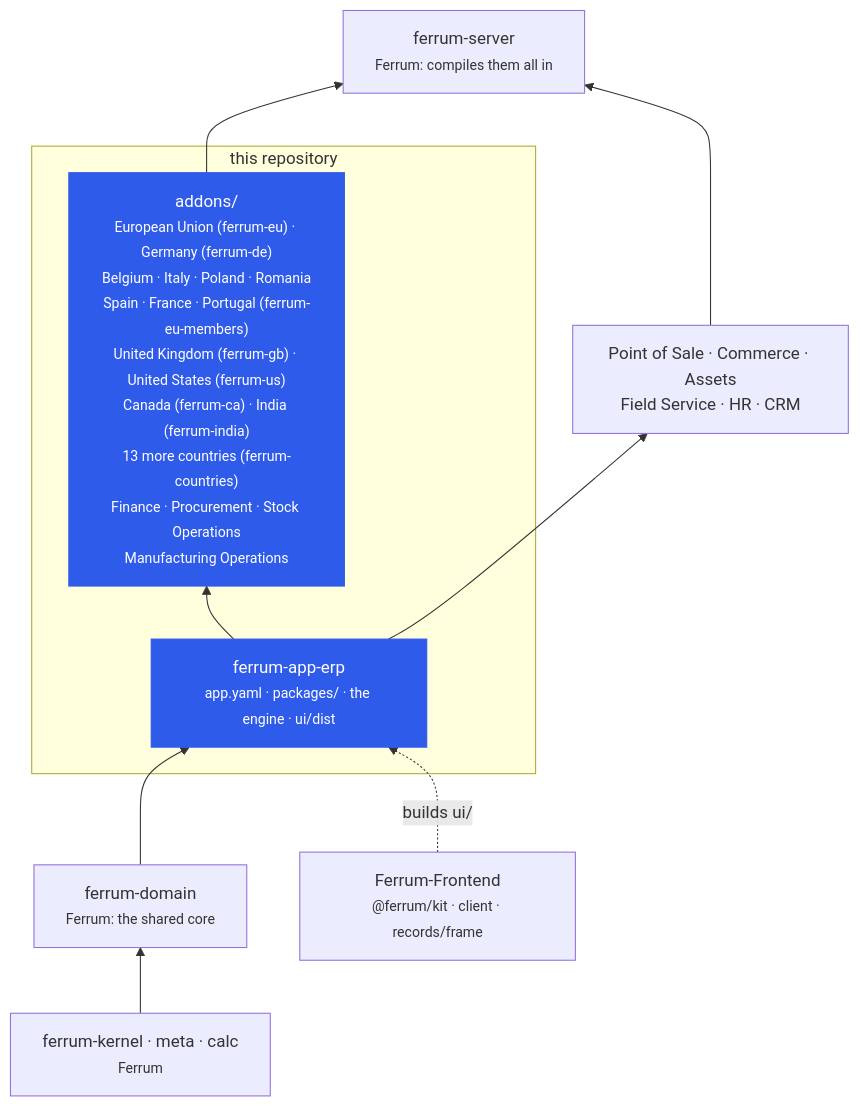
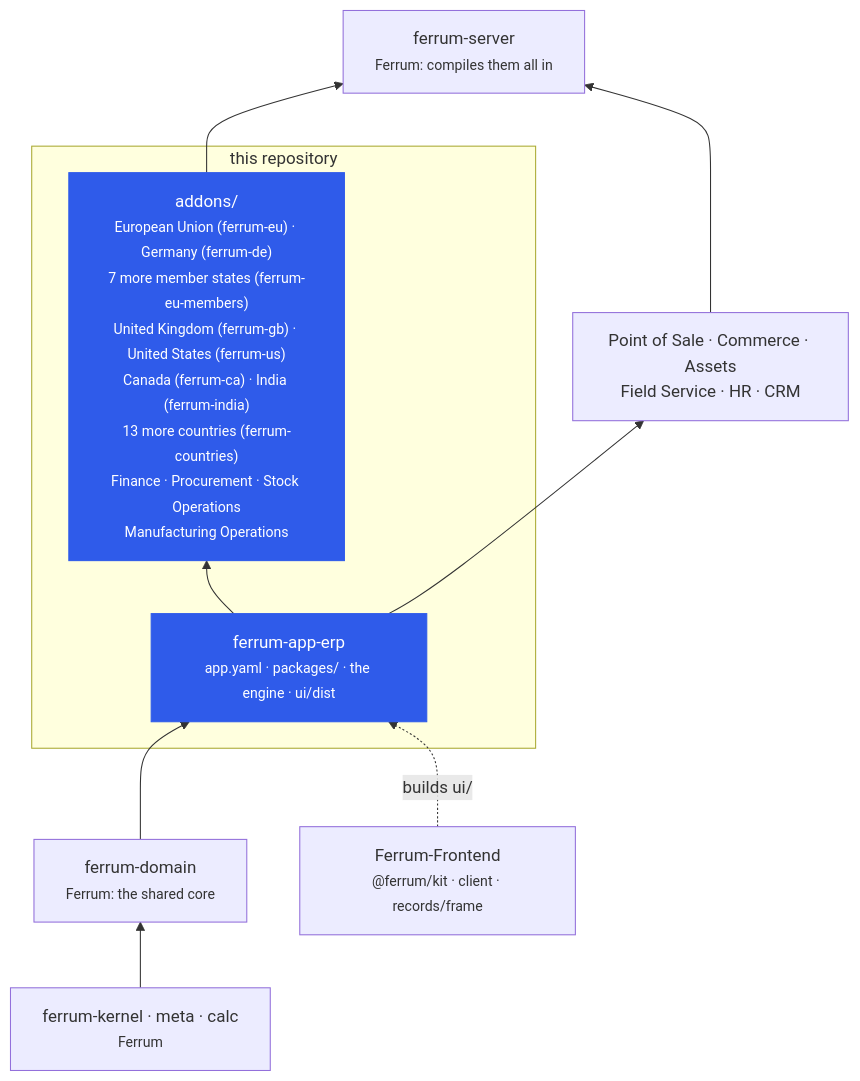
One commit to CBFerrum/ferrum-app-erp changed the third of 3 diagrams in README.md. Above: the diagram before and after it, drawn with Mermaid. The commit also changed other lines of this file, not shown here.

First line of the commit message:
README: a layout that grows with the countries

````diff
--- a/README.md
+++ b/README.md
@@ -216,20 +225,20 @@
 ```mermaid
 flowchart BT
     KER["ferrum-kernel · meta · calc<br/><small>Ferrum</small>"]
     CORE["ferrum-domain<br/><small>Ferrum: the shared core</small>"]
     subgraph REPO["this repository"]
         APP["ferrum-app-erp<br/><small>app.yaml · packages/ · the engine · ui/dist</small>"]
-        ADD["addons/<br/><small>European Union (ferrum-eu) · Germany (ferrum-de)<br/>Belgium · Italy · Poland · Romania<br/>Spain · France · Portugal (ferrum-eu-members)<br/>United Kingdom (ferrum-gb) · United States (ferrum-us)<br/>Canada (ferrum-ca) · India (ferrum-india)<br/>13 more countries (ferrum-countries)<br/>Finance · Procurement · Stock Operations<br/>Manufacturing Operations</small>"]
+        ADD["addons/<br/><small>European Union (ferrum-eu) · Germany (ferrum-de)<br/>7 more member states (ferrum-eu-members)<br/>United Kingdom (ferrum-gb) · United States (ferrum-us)<br/>Canada (ferrum-ca) · India (ferrum-india)<br/>13 more countries (ferrum-countries)<br/>Finance · Procurement · Stock Operations<br/>Manufacturing Operations</small>"]
     end
     APPS["Point of Sale · Commerce · Assets<br/>Field Service · HR · CRM"]
     SRV["ferrum-server<br/><small>Ferrum: compiles them all in</small>"]
     FE["Ferrum-Frontend<br/><small>@ferrum/kit · client · records/frame</small>"]
     KER --> CORE --> APP
     APP --> ADD
     APP --> APPS
     ADD --> SRV
     APPS --> SRV
     FE -. builds ui/ .-> APP
     classDef erp fill:#2f5bea,color:#fff,stroke:#2f5bea
     class APP,ADD erp
 ```
````
